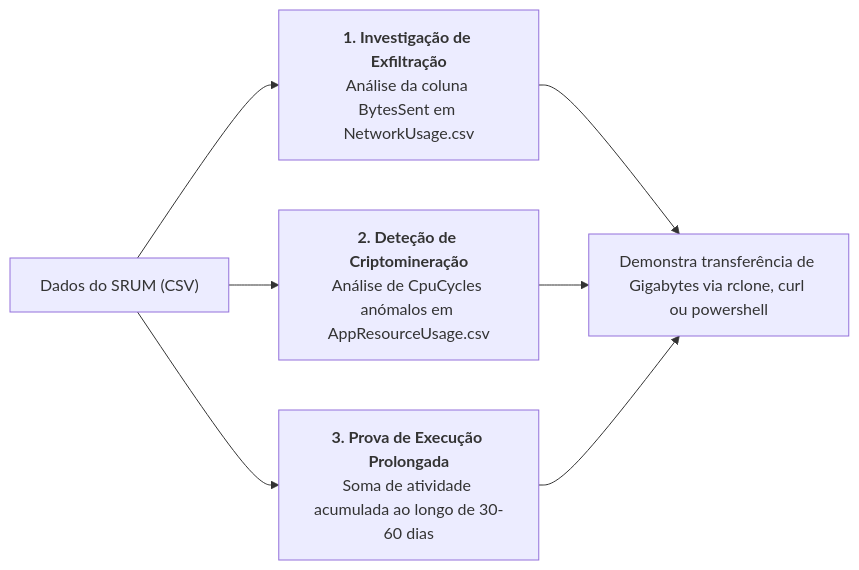
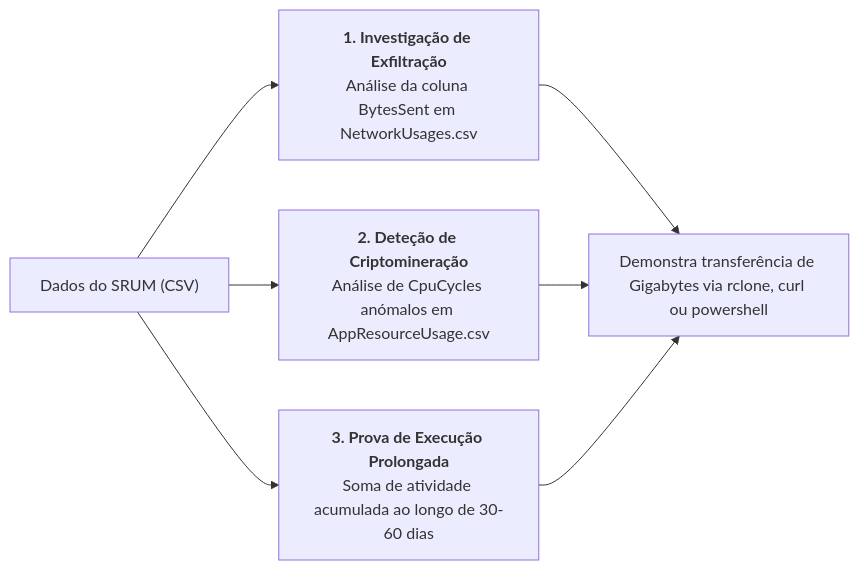
Before and after one commit to IanR0sal3s/MCIF-Vault: the second of 2 diagrams in ASSI/Capítulo 01 - Sistemas Operativos, Serviços e Artefactos/14 - Windows Activity Timeline e SRUM/Análise Forense do SRUM e Ferramentas Nativas (powercfg).md, drawn with Mermaid. The commit also changed other lines of this file and 140 other files, not shown here.

````diff
--- a/ASSI/Capítulo 01 - Sistemas Operativos, Serviços e Artefactos/14 - Windows Activity Timeline e SRUM/Análise Forense do SRUM e Ferramentas Nativas (powercfg).md
+++ b/ASSI/Capítulo 01 - Sistemas Operativos, Serviços e Artefactos/14 - Windows Activity Timeline e SRUM/Análise Forense do SRUM e Ferramentas Nativas (powercfg).md
@@ -124,10 +150,10 @@
 ```mermaid
 flowchart LR
-    SRUM["Dados do SRUM (CSV)"] --> Fuga["<b>1. Investigação de Exfiltração</b><br/>Análise da coluna BytesSent em NetworkUsage.csv"]
+    SRUM["Dados do SRUM (CSV)"] --> Fuga["<b>1. Investigação de Exfiltração</b><br/>Análise da coluna BytesSent em NetworkUsages.csv"]
     SRUM --> Miner["<b>2. Deteção de Criptomineração</b><br/>Análise de CpuCycles anómalos em AppResourceUsage.csv"]
     SRUM --> Persist["<b>3. Prova de Execução Prolongada</b><br/>Soma de atividade acumulada ao longo de 30-60 dias"]
 
     Fuga --> Proof["Demonstra transferência de Gigabytes via rclone, curl ou powershell"]
     Miner --> Proof
     Persist --> Proof
 ```
````
